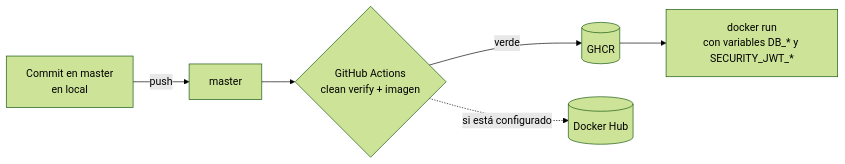
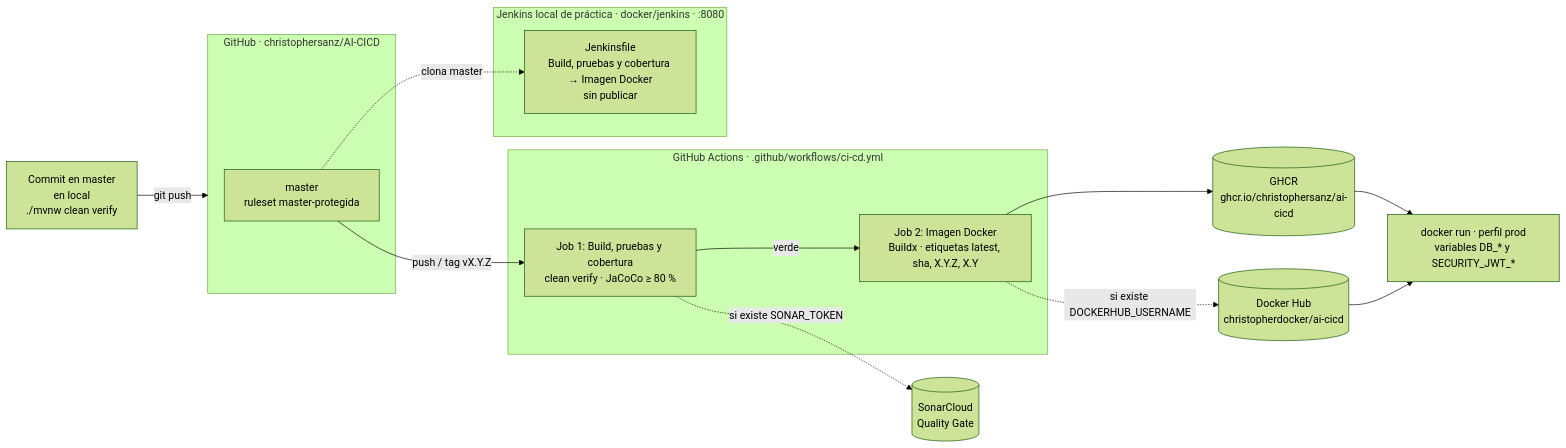
The third of 22 diagrams in docs/guides/arquitectura.md (christophersanz/AI-CICD), drawn with Mermaid (forest theme) before and after one commit. The commit also changed other lines of this file and 2 other files, not shown here.

Commit message:
Documentar GitHub y Jenkins en la arquitectura y la guía de CI/CD
El prompt de arquitectura no pedía nada sobre el repositorio ni la
integración continua, así que un diseño generado con él omitía el flujo
de ramas, el pipeline y Jenkins. Ahora los recoge como dato de entrada y
como entregable.

La guía de arquitectura solo mostraba GitHub Actions y GHCR; su vista de
despliegue incluye ahora el repositorio con el ruleset, los dos jobs,
SonarCloud y Docker Hub opcionales y el Jenkins local, que no publica.

La guía de CI/CD indicaba admin/admin como login de Jenkins, pero las
credenciales salen de docker/jenkins/.env, que además debe existir antes
de arrancar.

````diff
--- a/docs/guides/arquitectura.md
+++ b/docs/guides/arquitectura.md
@@ -68,8 +72,26 @@
 ```mermaid
 flowchart LR
-    DEV[Commit en master<br/>en local] -->|push| MAIN[master]
-    MAIN --> CI{GitHub Actions<br/>clean verify + imagen}
-    CI -->|verde| GHCR[(GHCR)]
-    CI -.->|si está configurado| DH[(Docker Hub)]
-    GHCR --> RUN[docker run<br/>con variables DB_* y SECURITY_JWT_*]
+    DEV[Commit en master<br/>en local<br/>./mvnw clean verify] -->|git push| GH
+
+    subgraph GH[GitHub · christophersanz/AI-CICD]
+        MAIN[master<br/>ruleset master-protegida]
+    end
+
+    subgraph GHA[GitHub Actions · .github/workflows/ci-cd.yml]
+        B[Job 1: Build, pruebas y cobertura<br/>clean verify · JaCoCo ≥ 80 %]
+        IMG[Job 2: Imagen Docker<br/>Buildx · etiquetas latest, sha, X.Y.Z, X.Y]
+        B -->|verde| IMG
+    end
+
+    MAIN -->|push / tag vX.Y.Z| B
+    B -.->|si existe SONAR_TOKEN| SONAR[(SonarCloud<br/>Quality Gate)]
+    IMG --> GHCR[(GHCR<br/>ghcr.io/christophersanz/ai-cicd)]
+    IMG -.->|si existe DOCKERHUB_USERNAME| DH[(Docker Hub<br/>christopherdocker/ai-cicd)]
+    GHCR --> RUN[docker run · perfil prod<br/>variables DB_* y SECURITY_JWT_*]
+    DH --> RUN
+
+    subgraph JK[Jenkins local de práctica · docker/jenkins · :8080]
+        JF[Jenkinsfile<br/>Build, pruebas y cobertura → Imagen Docker<br/>sin publicar]
+    end
+    MAIN -.->|clona master| JF
 ```
````
